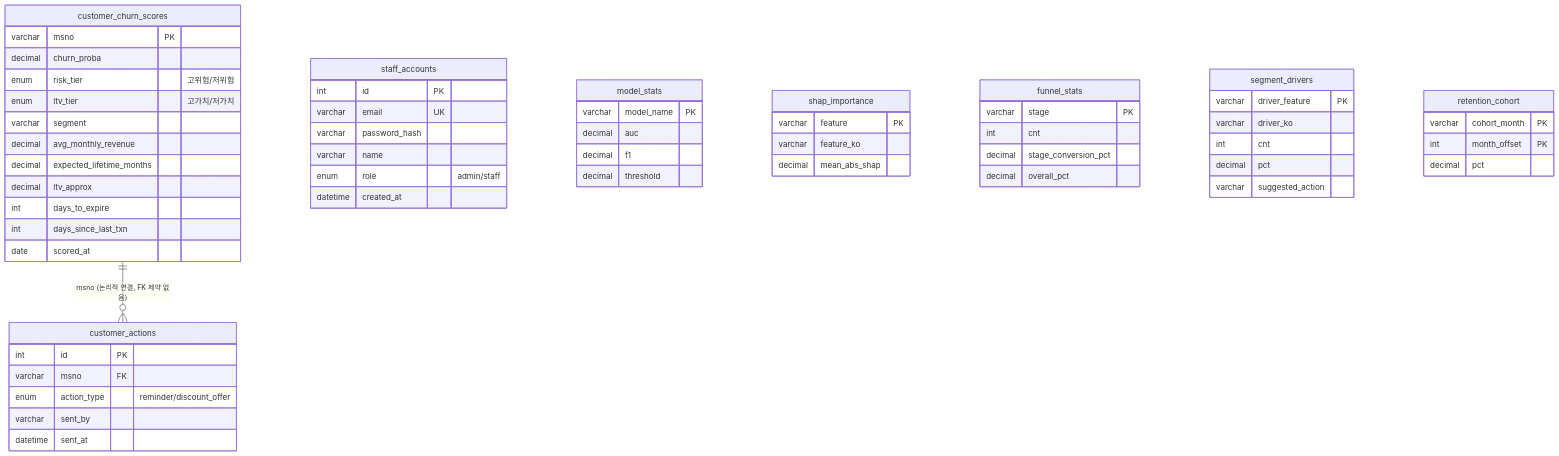
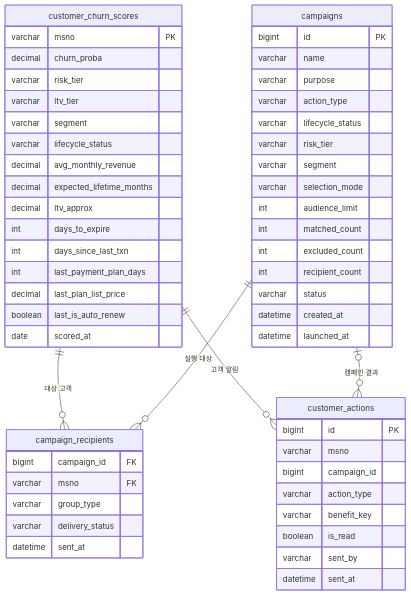
One commit to SKNETWORKS-FAMILY-AICAMP/SKN34-2nd-2Team changed the diagram in DB_ERD_가이드.md. Above: the diagram before and after it, drawn with Mermaid. The commit also changed other lines of this file and 22 other files, not shown here.

````diff
--- a/DB_ERD_가이드.md
+++ b/DB_ERD_가이드.md
@@ -9,69 +7,62 @@
 ```mermaid
 erDiagram
-    customer_churn_scores ||--o{ customer_actions : "msno (논리적 연결, FK 제약 없음)"
+    customer_churn_scores ||--o{ campaign_recipients : "대상 고객"
+    campaigns ||--o{ campaign_recipients : "실행 대상"
+    customer_churn_scores ||--o{ customer_actions : "고객 알림"
+    campaigns o|--o{ customer_actions : "캠페인 결과"
 
     customer_churn_scores {
         varchar msno PK
         decimal churn_proba
-        enum risk_tier "고위험/저위험"
-        enum ltv_tier "고가치/저가치"
+        varchar risk_tier
+        varchar ltv_tier
         varchar segment
+        varchar lifecycle_status
         decimal avg_monthly_revenue
         decimal expected_lifetime_months
         decimal ltv_approx
         int days_to_expire
         int days_since_last_txn
+        int last_payment_plan_days
+        decimal last_plan_list_price
+        boolean last_is_auto_renew
         date scored_at
     }
 
+    campaigns {
+        bigint id PK
+        varchar name
+        varchar purpose
+        varchar action_type
+        varchar lifecycle_status
+        varchar risk_tier
+        varchar segment
+        varchar selection_mode
+        int audience_limit
+        int matched_count
+        int excluded_count
+        int recipient_count
+        varchar status
+        datetime created_at
+        datetime launched_at
+    }
+
+    campaign_recipients {
+        bigint campaign_id FK
+        varchar msno FK
+        varchar group_type
+        varchar delivery_status
+        datetime sent_at
+    }
+
     customer_actions {
-        int id PK
-        varchar msno FK
-        enum action_type "reminder/discount_offer"
+        bigint id PK
+        varchar msno
+        bigint campaign_id
+        varchar action_type
+        varchar benefit_key
+        boolean is_read
         varchar sent_by
         datetime sent_at
     }
-
-    staff_accounts {
-        int id PK
-        varchar email UK
-        varchar password_hash
-        varchar name
-        enum role "admin/staff"
-        datetime created_at
-    }
-
-    model_stats {
-        varchar model_name PK
-        decimal auc
-        decimal f1
-        decimal threshold
-    }
-
-    shap_importance {
-        varchar feature PK
-        varchar feature_ko
-        decimal mean_abs_shap
-    }
-
-    funnel_stats {
-        varchar stage PK
-        int cnt
-        decimal stage_conversion_pct
-        decimal overall_pct
-    }
-
-    segment_drivers {
-        varchar driver_feature PK
-        varchar driver_ko
-        int cnt
-        decimal pct
-        varchar suggested_action
-    }
-
-    retention_cohort {
-        varchar cohort_month PK
-        int month_offset PK
-        decimal pct
-    }
 ```
````
